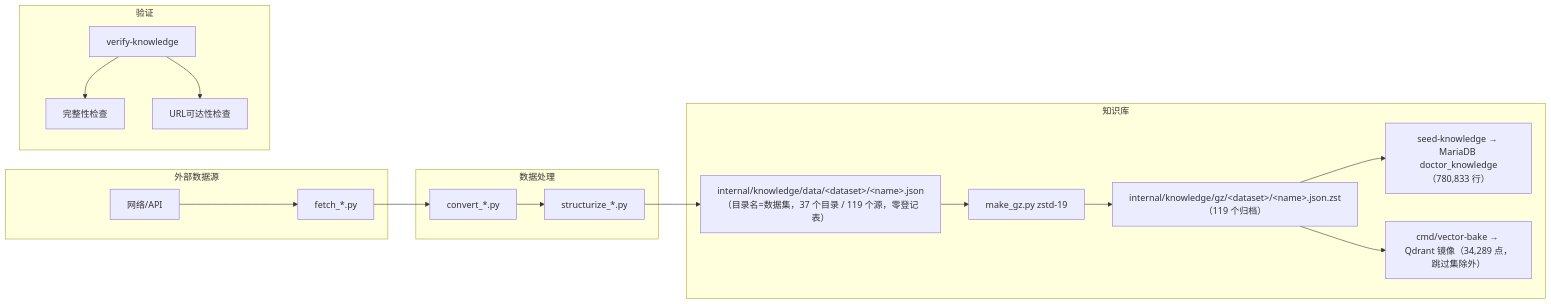
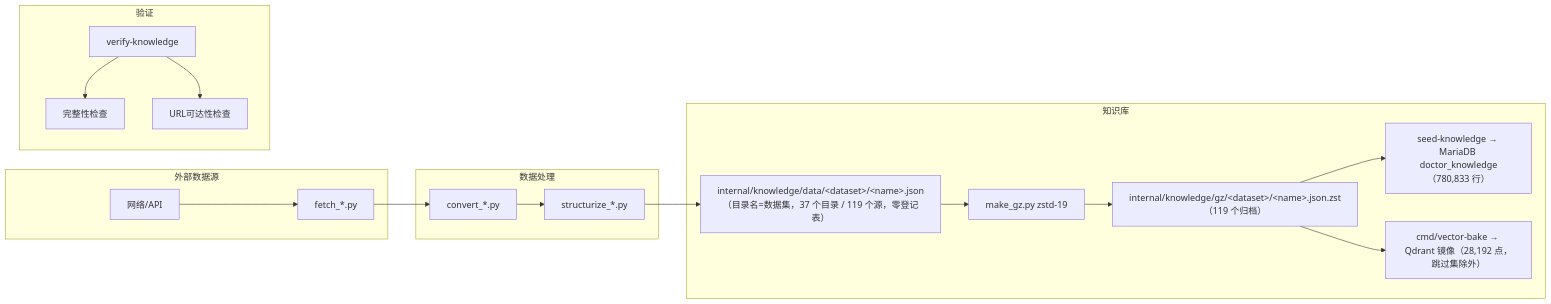
One commit to deep2code/doctor-agent changed the sixth of 7 diagrams in docs/architecture.md. Above: the diagram before and after it, drawn with Mermaid. The commit also changed other lines of this file and 9 other files, not shown here.

````diff
--- a/docs/architecture.md
+++ b/docs/architecture.md
@@ -253,24 +253,24 @@
 ```mermaid
 graph LR
     subgraph "外部数据源"
         A[网络/API] --> B[fetch_*.py]
     end
 
     subgraph "数据处理"
         B --> C[convert_*.py]
         C --> D[structurize_*.py]
     end
 
     subgraph "知识库"
         D --> E["internal/knowledge/data/&lt;dataset&gt;/&lt;name&gt;.json<br/>（目录名=数据集，37 个目录 / 119 个源，零登记表）"]
         E --> F[make_gz.py zstd-19]
         F --> G["internal/knowledge/gz/&lt;dataset&gt;/&lt;name&gt;.json.zst<br/>（119 个归档）"]
         G --> H1["seed-knowledge → MariaDB doctor_knowledge（780,833 行）"]
-        G --> H2["cmd/vector-bake → Qdrant 镜像（34,289 点，跳过集除外）"]
+        G --> H2["cmd/vector-bake → Qdrant 镜像（28,192 点，跳过集除外）"]
     end
 
     subgraph "验证"
         I[verify-knowledge] --> J[完整性检查]
         I --> K[URL可达性检查]
     end
 ```
````
